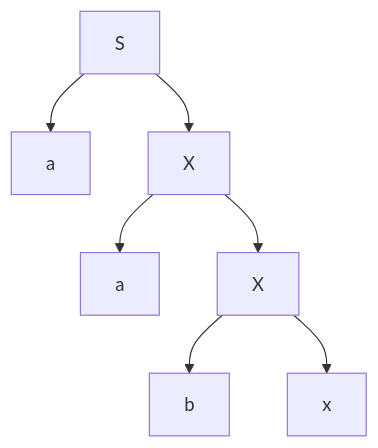
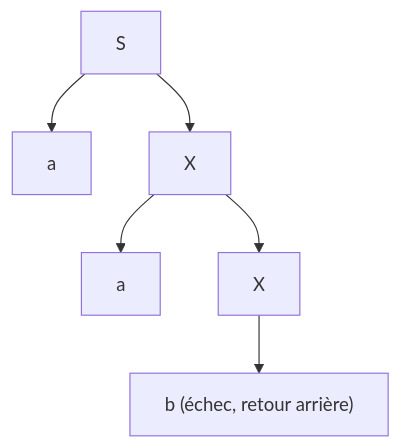
The sixth of 8 diagrams in L3/S5/Compilation/Cm.md (RonanFreezy/L3), drawn with Mermaid before and after one commit. The commit also changed other lines of this file, not shown here.

````diff
--- a/L3/S5/Compilation/Cm.md
+++ b/L3/S5/Compilation/Cm.md
@@ -423,9 +293,8 @@
 ```mermaid
-graph
-S --> a
-S --> X
-X--> a1["a"]
-X --> x1["X"]
-x1-->a2["b"]
-x1-->x2["x"]
+graph TD
+    S --> a1["a"]
+    S --> X1["X"]
+    X1 --> a2["a"]
+    X1 --> X2["X"]
+    X2 --> b["b (échec, retour arrière)"]
 ```
````
